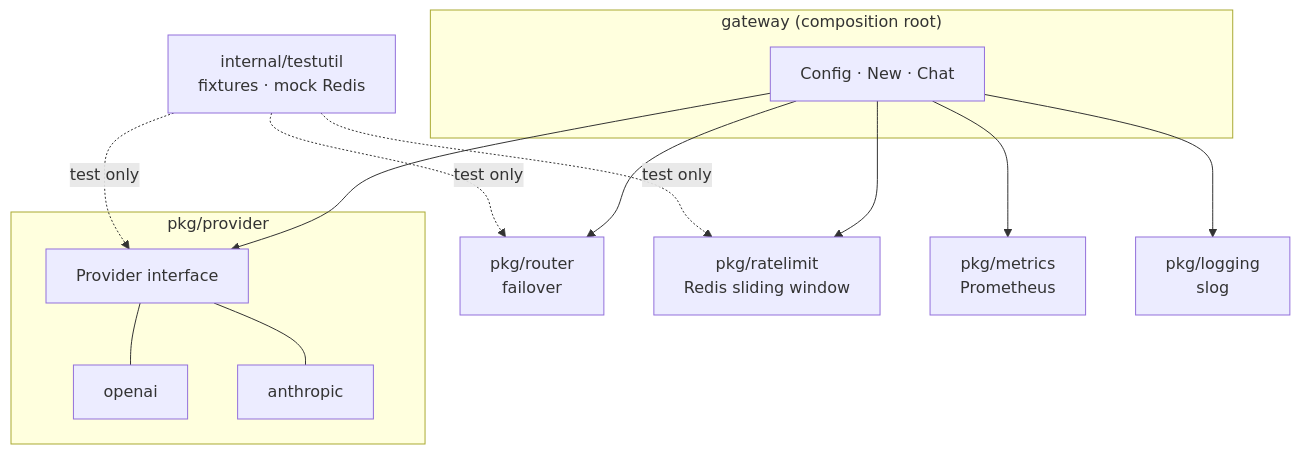
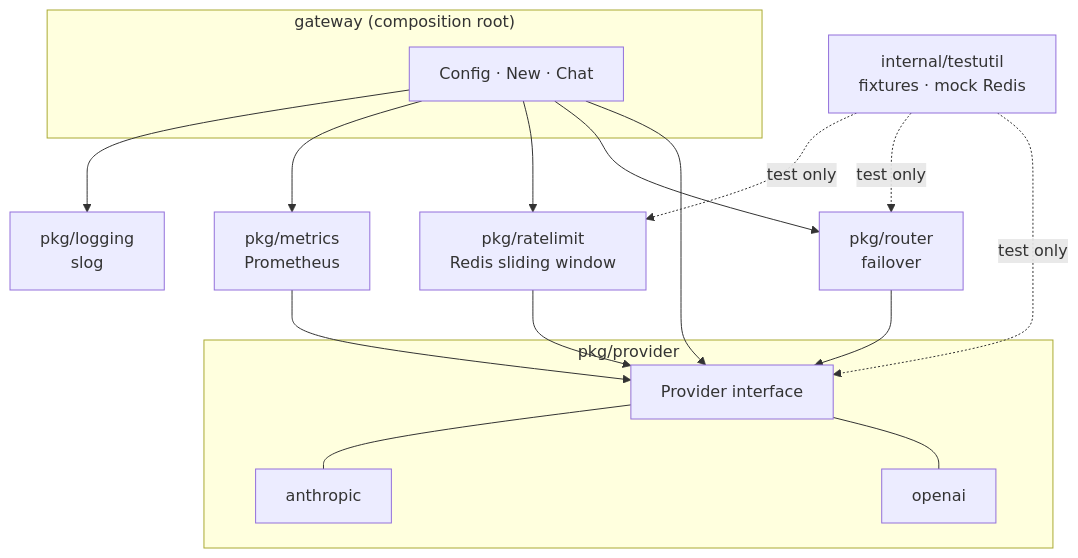
One commit to thedev-junyoung/thedev-junyoung-go-llm-gateway changed the first of 2 diagrams in docs/design/architecture.md. Above: the diagram before and after it, drawn with Mermaid. The commit also changed other lines of this file, not shown here.

First line of the commit message:
docs(architecture): clarify pkg/provider as base interface layer (#51)

````diff
--- a/docs/design/architecture.md
+++ b/docs/design/architecture.md
@@ -9,30 +9,34 @@
 ```mermaid
 flowchart TB
     subgraph Top["gateway (composition root)"]
         GW["Config · New · Chat"]
     end
 
     subgraph Provider["pkg/provider"]
         IF["Provider interface"]
         OAI["openai"]
         ANT["anthropic"]
         IF --- OAI
         IF --- ANT
     end
 
     RT["pkg/router<br/>failover"]
     RL["pkg/ratelimit<br/>Redis sliding window"]
     MT["pkg/metrics<br/>Prometheus"]
     LG["pkg/logging<br/>slog"]
     TU["internal/testutil<br/>fixtures · mock Redis"]
 
     GW --> IF
     GW --> RT
     GW --> RL
     GW --> MT
     GW --> LG
 
+    RT --> IF
+    RL --> IF
+    MT --> IF
+
     TU -. test only .-> IF
     TU -. test only .-> RT
     TU -. test only .-> RL
 ```
````
